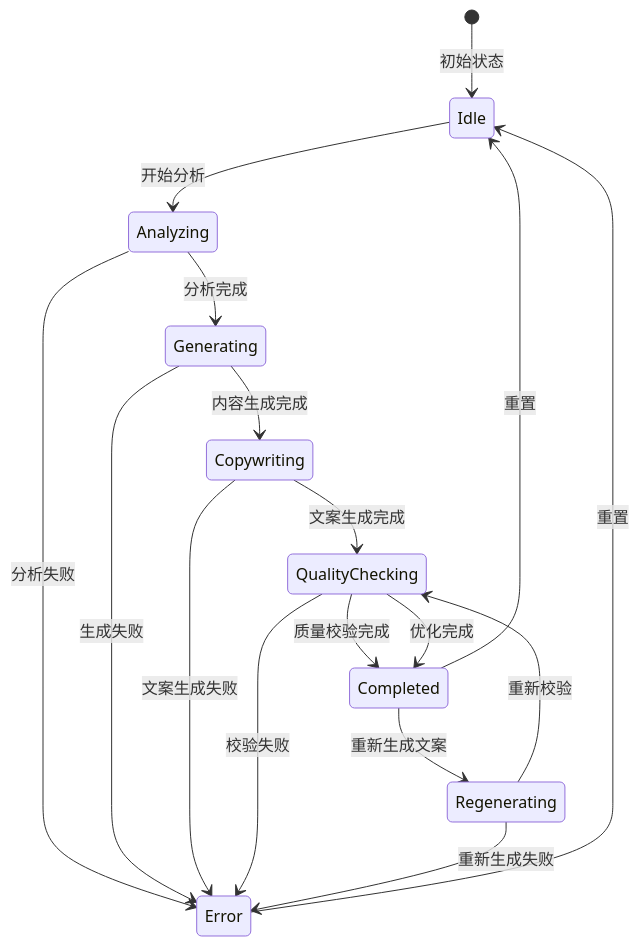
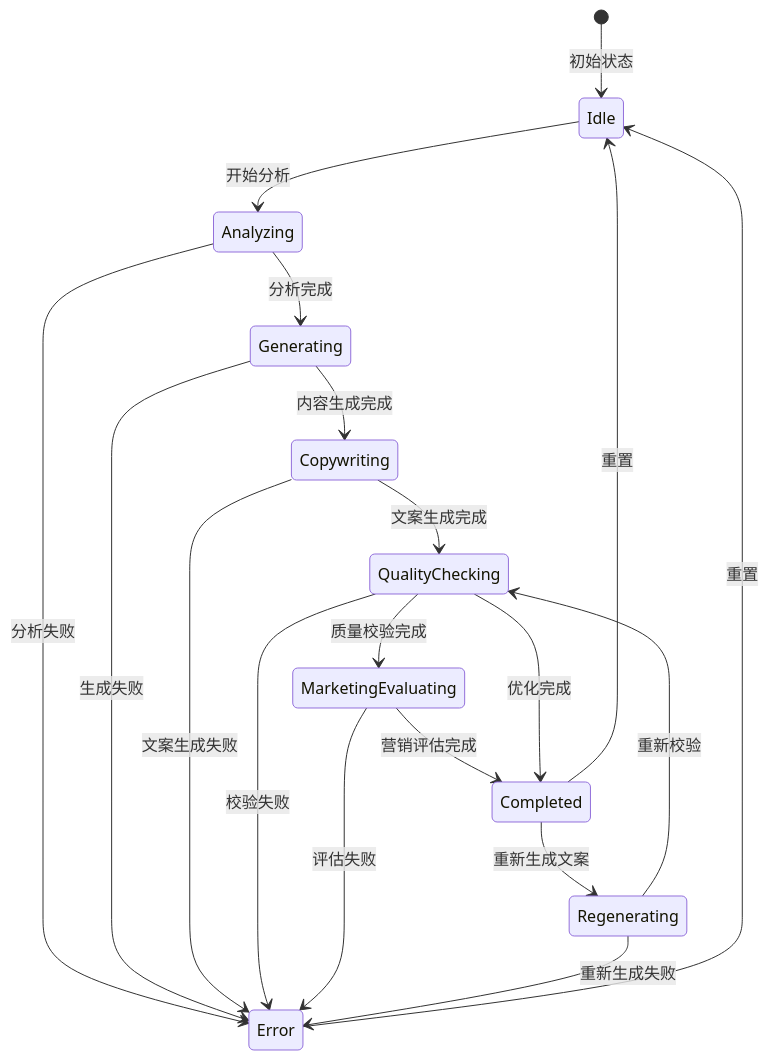
Diagram 12 of 21 in .qoder/repowiki/zh/content/核心模块详解/Web界面系统/AI创作页面.md (songdiyang/clawOperations), drawn with Mermaid before and after one commit. The commit also changed other lines of this file and 10 other files, not shown here.

````diff
--- a/.qoder/repowiki/zh/content/核心模块详解/Web界面系统/AI创作页面.md
+++ b/.qoder/repowiki/zh/content/核心模块详解/Web界面系统/AI创作页面.md
@@ -742,19 +822,21 @@
 ```mermaid
 stateDiagram-v2
 [*] --> Idle : 初始状态
 Idle --> Analyzing : 开始分析
 Analyzing --> Generating : 分析完成
 Generating --> Copywriting : 内容生成完成
 Copywriting --> QualityChecking : 文案生成完成
-QualityChecking --> Completed : 质量校验完成
+QualityChecking --> MarketingEvaluating : 质量校验完成
+MarketingEvaluating --> Completed : 营销评估完成
 Completed --> Regenerating : 重新生成文案
 Regenerating --> QualityChecking : 重新校验
 QualityChecking --> Completed : 优化完成
 Completed --> Idle : 重置
 Analyzing --> Error : 分析失败
 Generating --> Error : 生成失败
 Copywriting --> Error : 文案生成失败
 QualityChecking --> Error : 校验失败
+MarketingEvaluating --> Error : 评估失败
 Regenerating --> Error : 重新生成失败
 Error --> Idle : 重置
 ```
````
